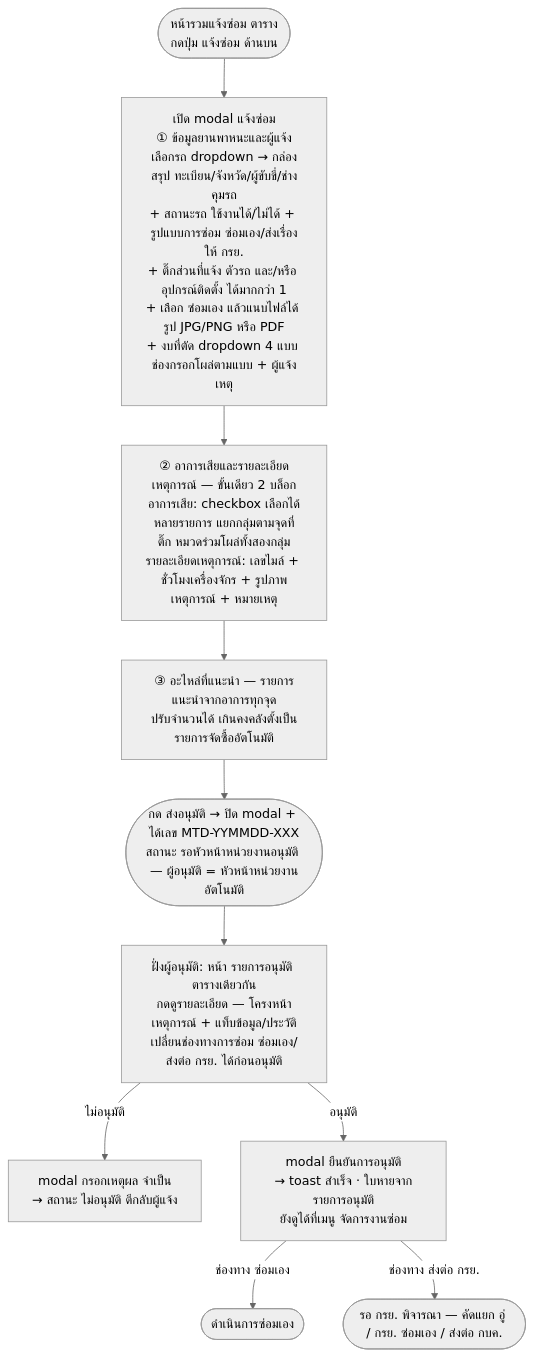
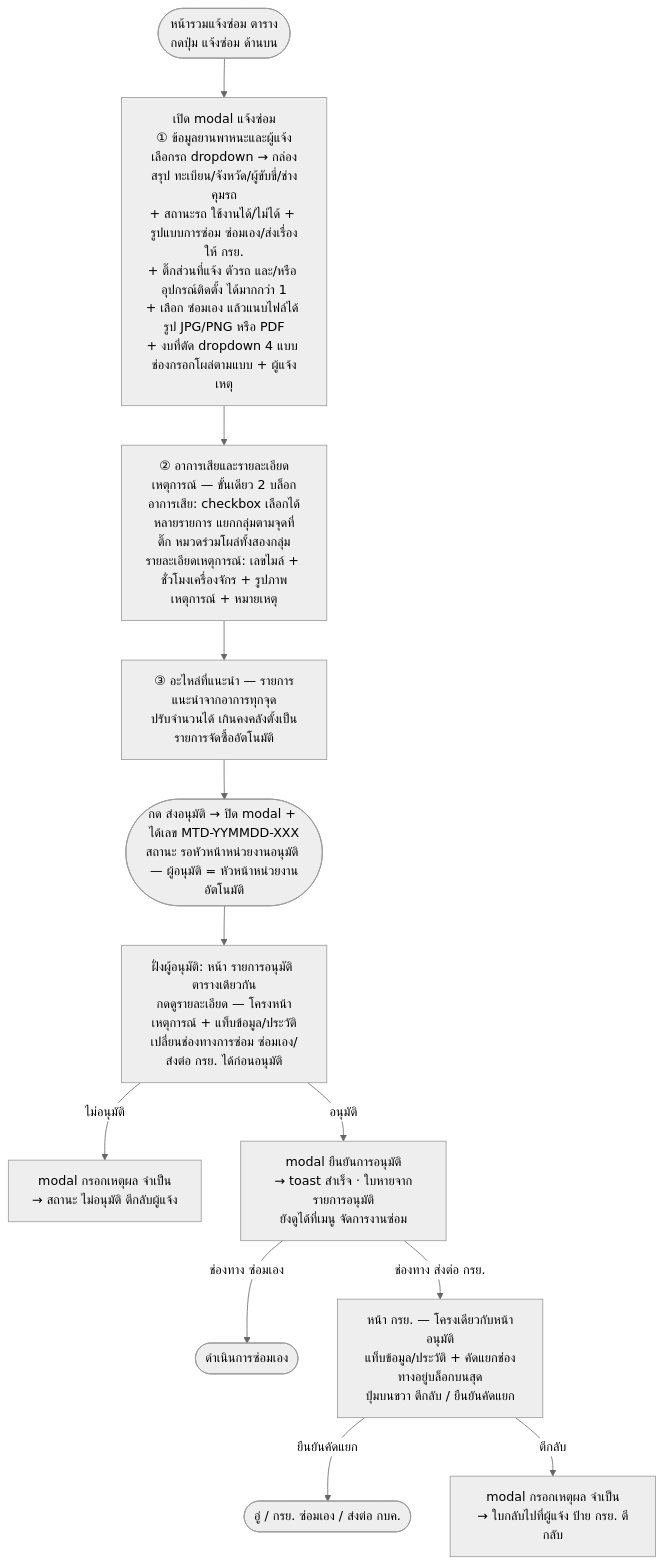
The diagram in Diagram/02-แจ้งซ่อม-กบค/02-ฟอร์มแจ้งซ่อม.md (anugmail/Maintenance-Request-Form), drawn with Mermaid (neutral theme) before and after one commit. The commit also changed 3 other files, not shown here.

First line of the commit message:
หน้า กรย.: ยกโครงจากหน้าอนุมัติ + ปุ่ม "ไม่อนุมัติ" เป็น "ตีกลับ"

````diff
--- a/Diagram/02-แจ้งซ่อม-กบค/02-ฟอร์มแจ้งซ่อม.md
+++ b/Diagram/02-แจ้งซ่อม-กบค/02-ฟอร์มแจ้งซ่อม.md
@@ -25,12 +25,14 @@
 ```mermaid
 flowchart TD
     A([หน้ารวมแจ้งซ่อม ตาราง<br/>กดปุ่ม แจ้งซ่อม ด้านบน]) --> B[เปิด modal แจ้งซ่อม<br/>① ข้อมูลยานพาหนะและผู้แจ้ง<br/>เลือกรถ dropdown → กล่องสรุป ทะเบียน/จังหวัด/ผู้ขับขี่/ช่างคุมรถ<br/>+ สถานะรถ ใช้งานได้/ไม่ได้ + รูปแบบการซ่อม ซ่อมเอง/ส่งเรื่องให้ กรย.<br/>+ ติ๊กส่วนที่แจ้ง ตัวรถ และ/หรือ อุปกรณ์ติดตั้ง ได้มากกว่า 1<br/>+ เลือก ซ่อมเอง แล้วแนบไฟล์ได้ รูป JPG/PNG หรือ PDF<br/>+ งบที่ตัด dropdown 4 แบบ ช่องกรอกโผล่ตามแบบ + ผู้แจ้งเหตุ]
     B --> C[② อาการเสียและรายละเอียดเหตุการณ์ — ขั้นเดียว 2 บล็อก<br/>อาการเสีย: checkbox เลือกได้หลายรายการ แยกกลุ่มตามจุดที่ติ๊ก หมวดร่วมโผล่ทั้งสองกลุ่ม<br/>รายละเอียดเหตุการณ์: เลขไมล์ + ชั่วโมงเครื่องจักร + รูปภาพเหตุการณ์ + หมายเหตุ]
     C --> E[③ อะไหล่ที่แนะนำ — รายการแนะนำจากอาการทุกจุด<br/>ปรับจำนวนได้ เกินคงคลังตั้งเป็นรายการจัดซื้ออัตโนมัติ]
     E --> F([กด ส่งอนุมัติ → ปิด modal + ได้เลข MTD-YYMMDD-XXX<br/>สถานะ รอหัวหน้าหน่วยงานอนุมัติ — ผู้อนุมัติ = หัวหน้าหน่วยงานอัตโนมัติ])
     F --> G[ฝั่งผู้อนุมัติ: หน้า รายการอนุมัติ ตารางเดียวกัน<br/>กดดูรายละเอียด — โครงหน้าเหตุการณ์ + แท็บข้อมูล/ประวัติ<br/>เปลี่ยนช่องทางการซ่อม ซ่อมเอง/ส่งต่อ กรย. ได้ก่อนอนุมัติ]
     G -- ไม่อนุมัติ --> H[modal กรอกเหตุผล จำเป็น<br/>→ สถานะ ไม่อนุมัติ ตีกลับผู้แจ้ง]
     G -- อนุมัติ --> I[modal ยืนยันการอนุมัติ<br/>→ toast สำเร็จ · ใบหายจากรายการอนุมัติ<br/>ยังดูได้ที่เมนู จัดการงานซ่อม]
     I -- ช่องทาง ซ่อมเอง --> J([ดำเนินการซ่อมเอง])
-    I -- ช่องทาง ส่งต่อ กรย. --> K([รอ กรย. พิจารณา — คัดแยก อู่ / กรย. ซ่อมเอง / ส่งต่อ กบค.])
+    I -- ช่องทาง ส่งต่อ กรย. --> K[หน้า กรย. — โครงเดียวกับหน้าอนุมัติ<br/>แท็บข้อมูล/ประวัติ + คัดแยกช่องทางอยู่บล็อกบนสุด<br/>ปุ่มบนขวา ตีกลับ / ยืนยันคัดแยก]
+    K -- ยืนยันคัดแยก --> K2([อู่ / กรย. ซ่อมเอง / ส่งต่อ กบค.])
+    K -- ตีกลับ --> K3[modal กรอกเหตุผล จำเป็น<br/>→ ใบกลับไปที่ผู้แจ้ง ป้าย กรย. ตีกลับ]
 ```
````
